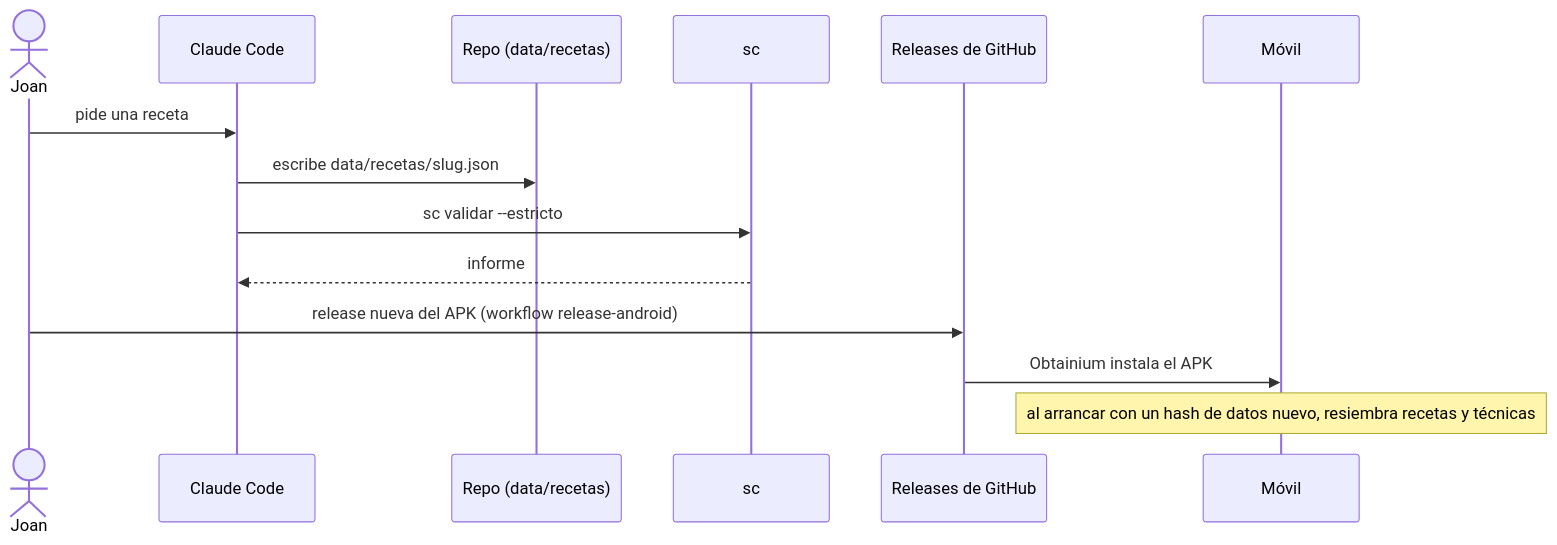
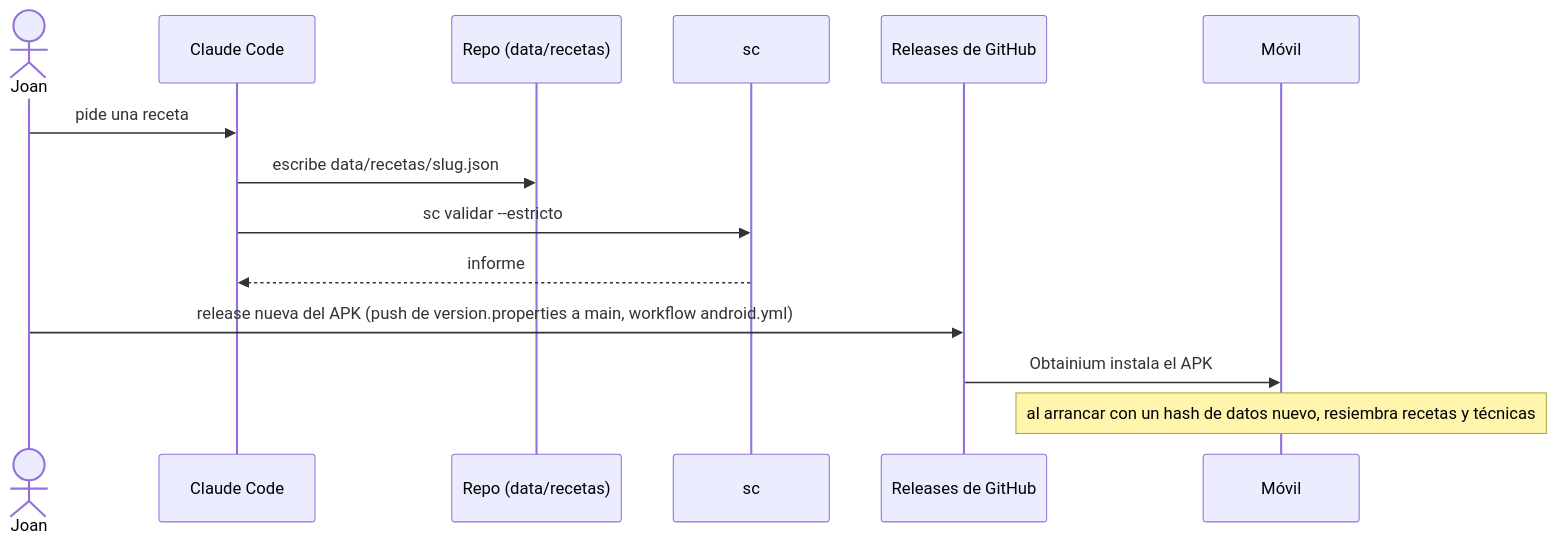
The second of 2 diagrams in docs/arquitectura.md (trombonet12/Sous-Chef), drawn with Mermaid before and after one commit. The commit also changed other lines of this file and 11 other files, not shown here.

Commit message:
docs(release): real publishing flow, Play notes and known Play warnings

````diff
--- a/docs/arquitectura.md
+++ b/docs/arquitectura.md
@@ -34,16 +34,16 @@
 ```mermaid
 sequenceDiagram
   actor J as Joan
   participant C as Claude Code
   participant R as Repo (data/recetas)
   participant S as sc
   participant G as Releases de GitHub
   participant M as Móvil
   J->>C: pide una receta
   C->>R: escribe data/recetas/slug.json
   C->>S: sc validar --estricto
   S-->>C: informe
-  J->>G: release nueva del APK (workflow release-android)
+  J->>G: release nueva del APK (push de version.properties a main, workflow android.yml)
   G->>M: Obtainium instala el APK
   Note over M: al arrancar con un hash de datos nuevo, resiembra recetas y técnicas
 ```
````
